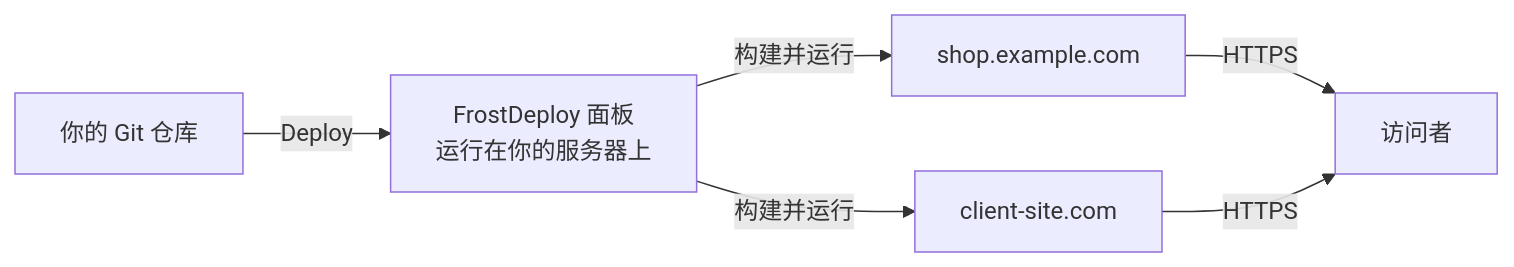
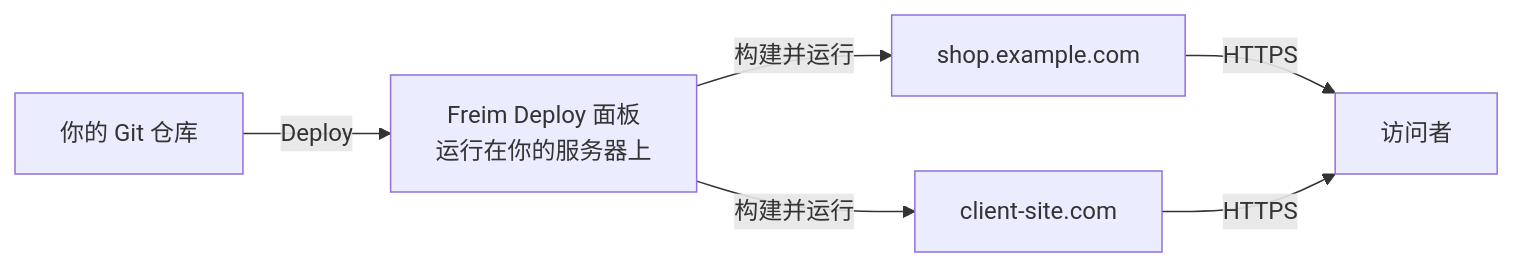
One commit to ARTFROST1/FreimDeploy changed the first of 2 diagrams in README.zh-CN.md. Above: the diagram before and after it, drawn with Mermaid. The commit also changed other lines of this file and 21 other files, not shown here.

````diff
--- a/README.zh-CN.md
+++ b/README.zh-CN.md
@@ -197,8 +203,8 @@
 ```mermaid
 flowchart LR
-    G["你的 Git 仓库"] -->|Deploy| P["FrostDeploy 面板<br/>运行在你的服务器上"]
+    G["你的 Git 仓库"] -->|Deploy| P["Freim Deploy 面板<br/>运行在你的服务器上"]
     P -->|构建并运行| S1["shop.example.com"]
     P -->|构建并运行| S2["client-site.com"]
     S1 -->|HTTPS| V["访问者"]
     S2 -->|HTTPS| V
 ```
````
